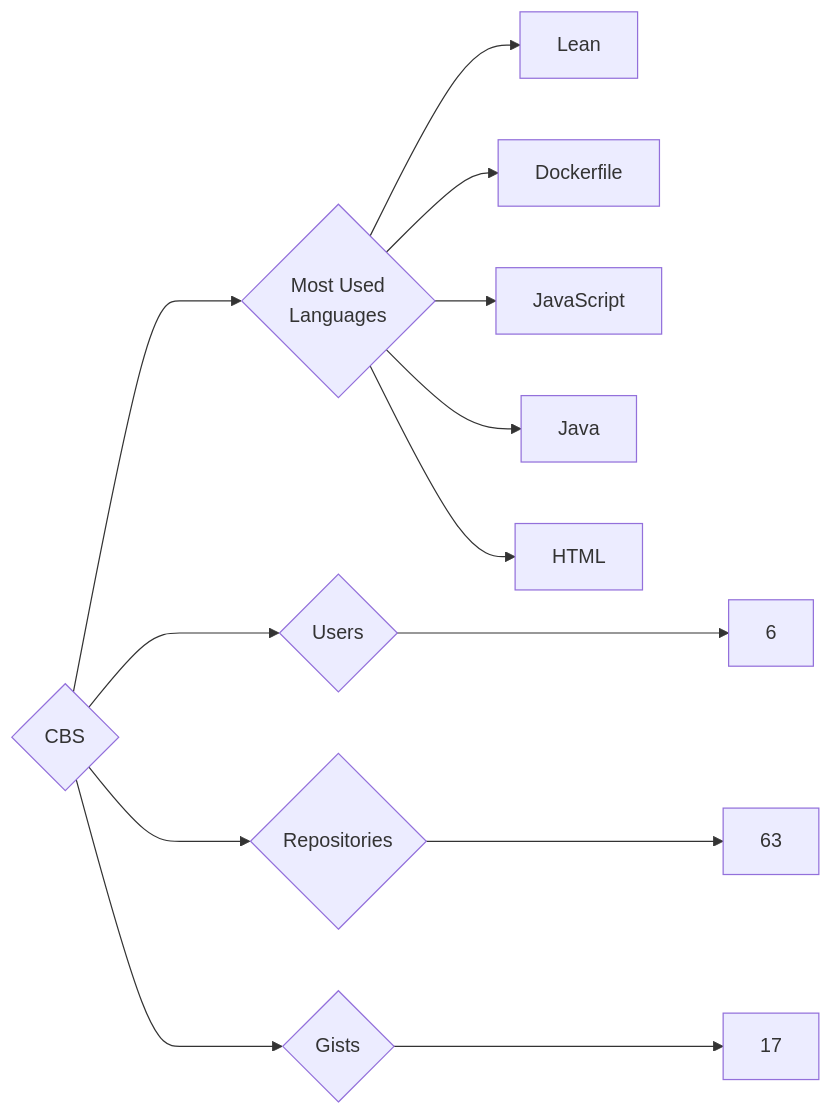
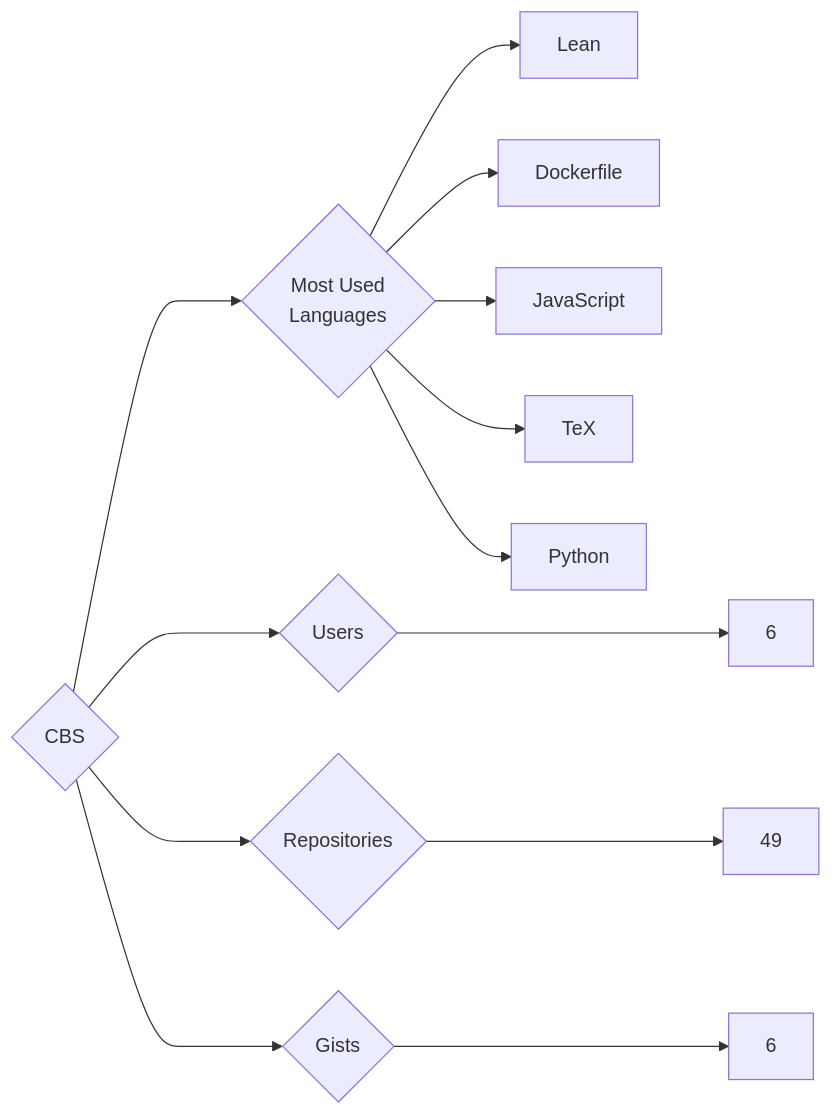
Before and after one commit to trickest/insiders: the diagram in targets/CBS/README.md, drawn with Mermaid. The commit also changed 1148 other files, not shown here.

````diff
--- a/targets/CBS/README.md
+++ b/targets/CBS/README.md
@@ -3,13 +3,13 @@
 ```mermaid
 graph LR
 COMPANY_NAME{CBS}
 COMPANY_NAME ---> U{Users} ---> UN[6]
-COMPANY_NAME ---> R{Repositories} ---> RN[63]
-COMPANY_NAME ---> G{Gists} ---> GN[17]
+COMPANY_NAME ---> R{Repositories} ---> RN[49]
+COMPANY_NAME ---> G{Gists} ---> GN[6]
 COMPANY_NAME ---> ML{Most Used<br>Languages}
 ML --> Lean[Lean]
 ML --> Dockerfile[Dockerfile]
 ML --> JavaScript[JavaScript]
-ML --> Java[Java]
-ML --> HTML[HTML]
+ML --> TeX[TeX]
+ML --> Python[Python]
 ```
````
